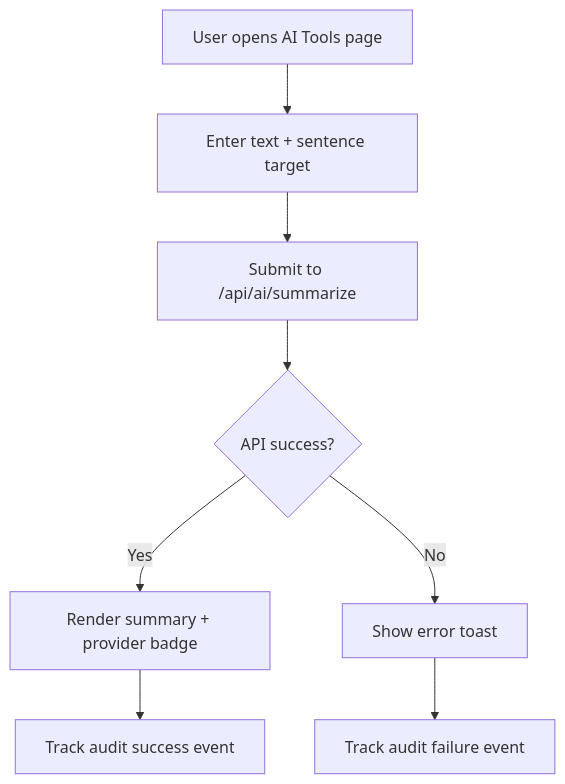
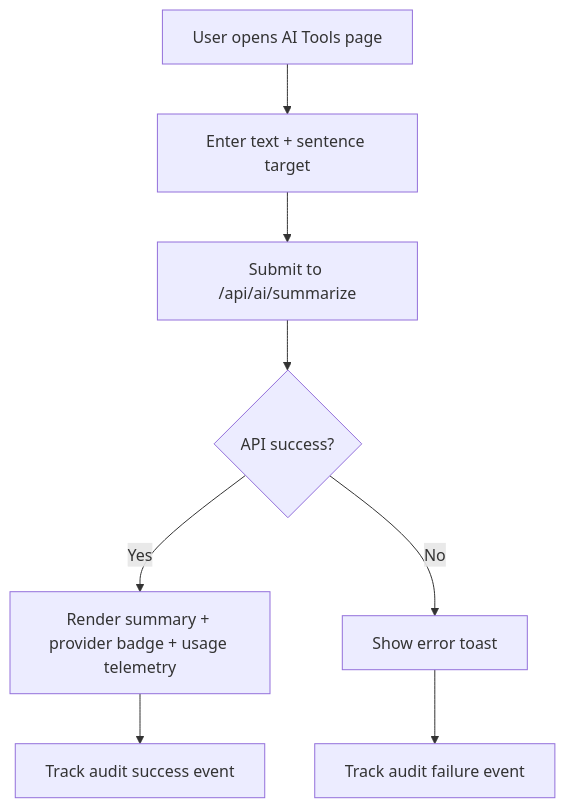
Before and after one commit to AmanVatsSharma/AiCloudStorage: the diagram in app/components/ai/README.md, drawn with Mermaid. The commit also changed other lines of this file and 6 other files, not shown here.

Commit message:
Add AI summary usage and cost telemetry baseline

````diff
--- a/app/components/ai/README.md
+++ b/app/components/ai/README.md
@@ -17,10 +18,10 @@
 ```mermaid
 flowchart TD
   A[User opens AI Tools page] --> B[Enter text + sentence target]
   B --> C[Submit to /api/ai/summarize]
   C --> D{API success?}
-  D -->|Yes| E[Render summary + provider badge]
+  D -->|Yes| E[Render summary + provider badge + usage telemetry]
   D -->|No| F[Show error toast]
   E --> G[Track audit success event]
   F --> H[Track audit failure event]
 ```
````
